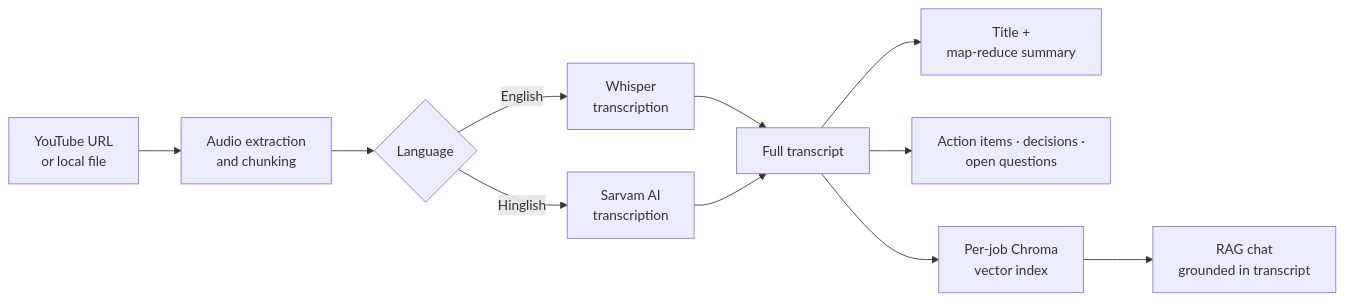
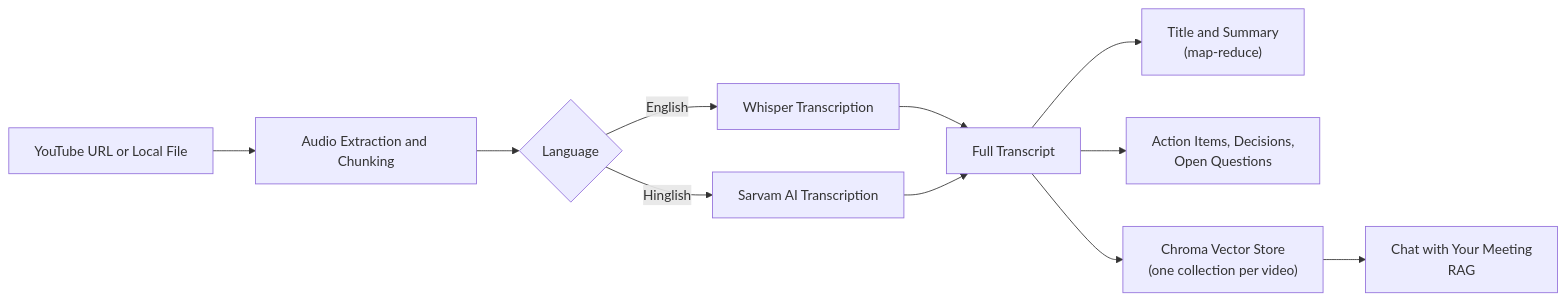
One commit to AyushNeedsCaffeine/Lens changed the first of 2 diagrams in readme.md. Above: the diagram before and after it, drawn with Mermaid. The commit also changed other lines of this file, not shown here.

````diff
--- a/readme.md
+++ b/readme.md
@@ -146,13 +67,13 @@
 ```mermaid
 flowchart LR
-    A["YouTube URL<br/>or local file"] --> B["Audio extraction<br/>and chunking"]
+    A["YouTube URL or Local File"] --> B["Audio Extraction and Chunking"]
     B --> C{"Language"}
-    C -->|English| D["Whisper<br/>transcription"]
-    C -->|Hinglish| E["Sarvam AI<br/>transcription"]
-    D --> F["Full transcript"]
+    C -->|English| D["Whisper Transcription"]
+    C -->|Hinglish| E["Sarvam AI Transcription"]
+    D --> F["Full Transcript"]
     E --> F
-    F --> G["Title +<br/>map-reduce summary"]
-    F --> H["Action items · decisions ·<br/>open questions"]
-    F --> I["Per-job Chroma<br/>vector index"]
-    I --> J["RAG chat<br/>grounded in transcript"]
+    F --> G["Title and Summary<br/>(map-reduce)"]
+    F --> H["Action Items, Decisions,<br/>Open Questions"]
+    F --> I["Chroma Vector Store<br/>(one collection per video)"]
+    I --> J["Chat with Your Meeting<br/>RAG"]
 ```
````
